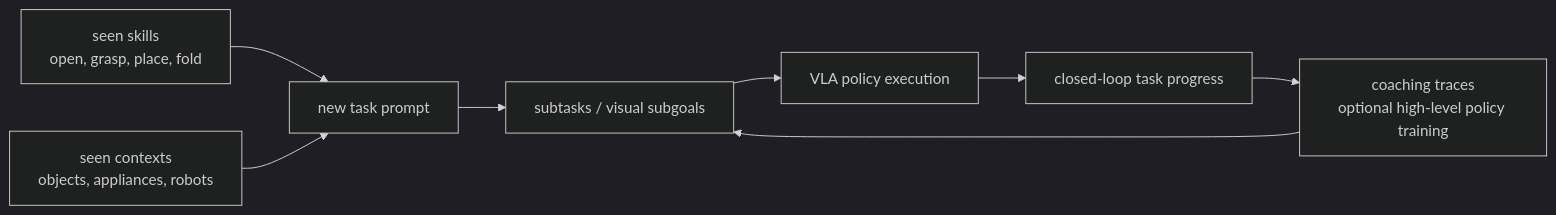
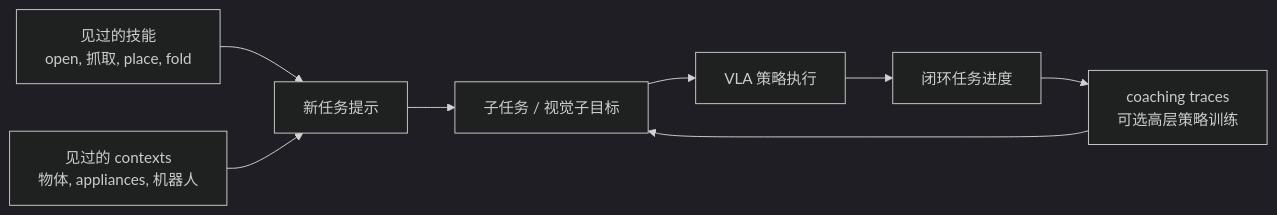
One commit to niuverse/llm-wiki changed the diagram in wiki/concepts/CompositionalGeneralizationInRobotics.md. Above: the diagram before and after it, drawn with Mermaid (dark theme). The commit also changed other lines of this file and 123 other files, not shown here.

````diff
--- a/wiki/concepts/CompositionalGeneralizationInRobotics.md
+++ b/wiki/concepts/CompositionalGeneralizationInRobotics.md
@@ -37,10 +37,10 @@
 ```mermaid
 flowchart LR
-  A["seen skills<br/>open, grasp, place, fold"] --> C["new task prompt"]
-  B["seen contexts<br/>objects, appliances, robots"] --> C
-  C --> D["subtasks / visual subgoals"]
-  D --> E["VLA policy execution"]
-  E --> F["closed-loop task progress"]
-  F --> G["coaching traces<br/>optional high-level policy training"]
+  A["见过的技能<br/>open, 抓取, place, fold"] --> C["新任务提示"]
+  B["见过的 contexts<br/>物体, appliances, 机器人"] --> C
+  C --> D["子任务 / 视觉子目标"]
+  D --> E["VLA 策略执行"]
+  E --> F["闭环任务进度"]
+  F --> G["coaching traces<br/>可选高层策略训练"]
   G --> D
 ```
````
